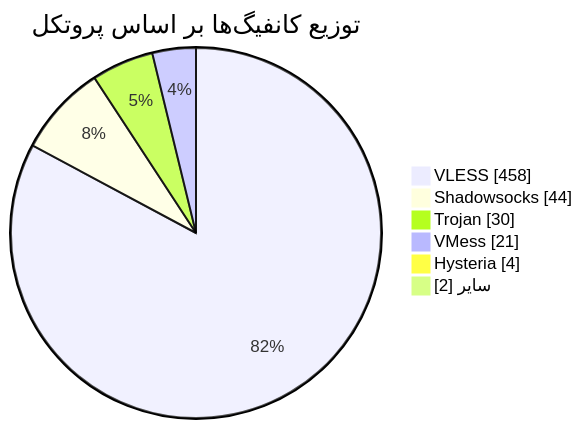
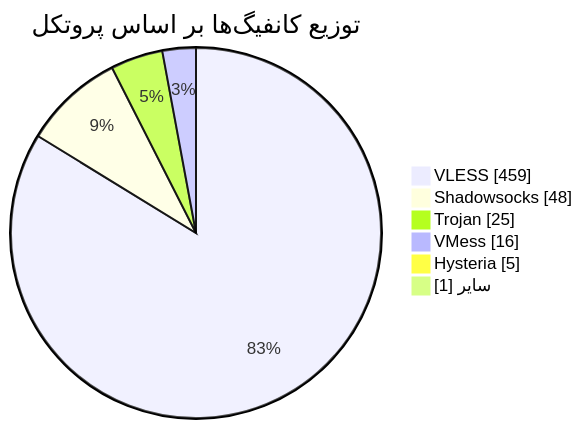
The diagram in README.md (Arian-Alijani/Somthing), drawn with Mermaid before and after one commit. The commit also changed other lines of this file and 91 other files, not shown here.

````diff
--- a/README.md
+++ b/README.md
@@ -48,10 +48,10 @@
 ```mermaid
 pie showData
     title توزیع کانفیگ‌ها بر اساس پروتکل
-    "VLESS" : 458
-    "Shadowsocks" : 44
-    "Trojan" : 30
-    "VMess" : 21
-    "Hysteria" : 4
-    "سایر" : 2
+    "VLESS" : 459
+    "Shadowsocks" : 48
+    "Trojan" : 25
+    "VMess" : 16
+    "Hysteria" : 5
+    "سایر" : 1
 ```
````
